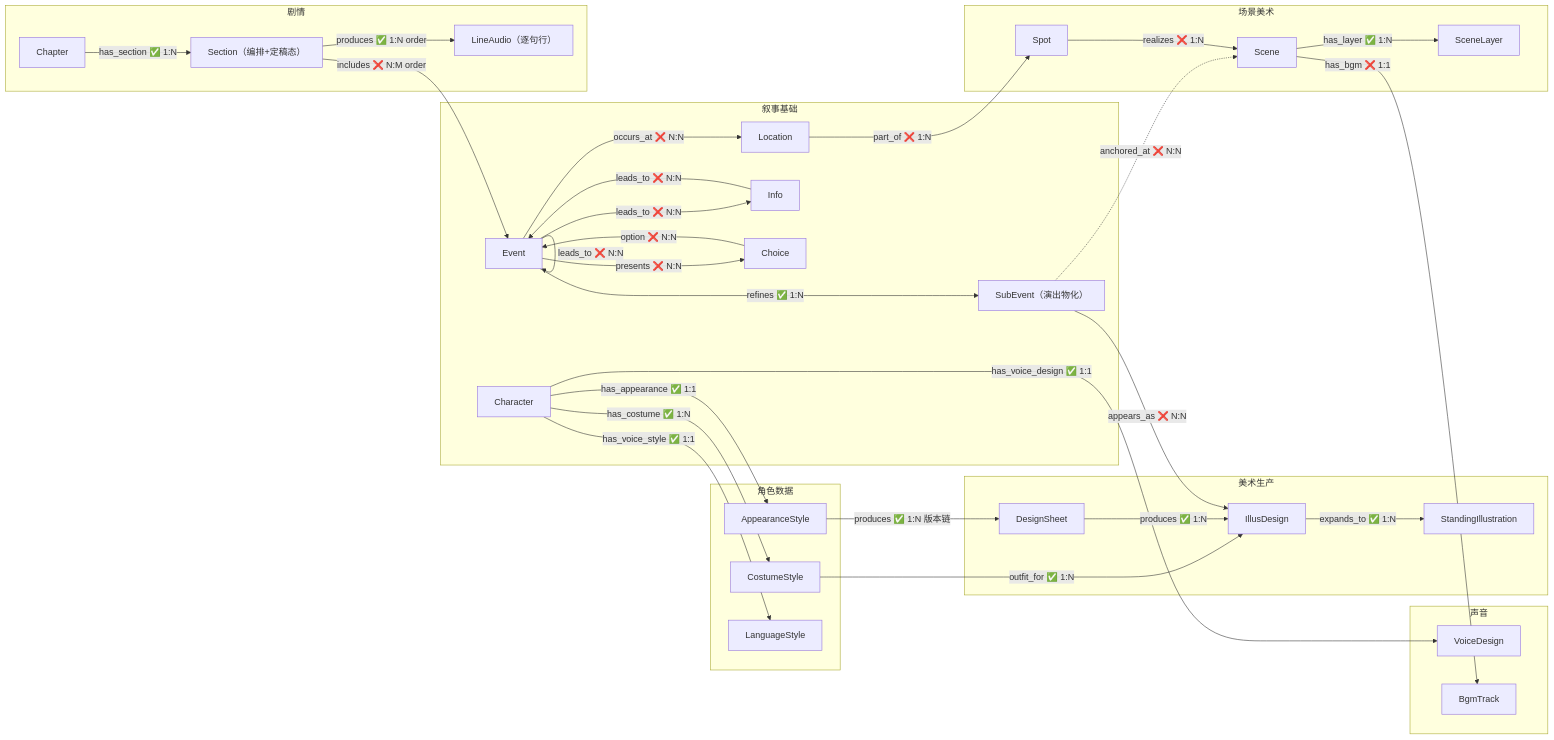
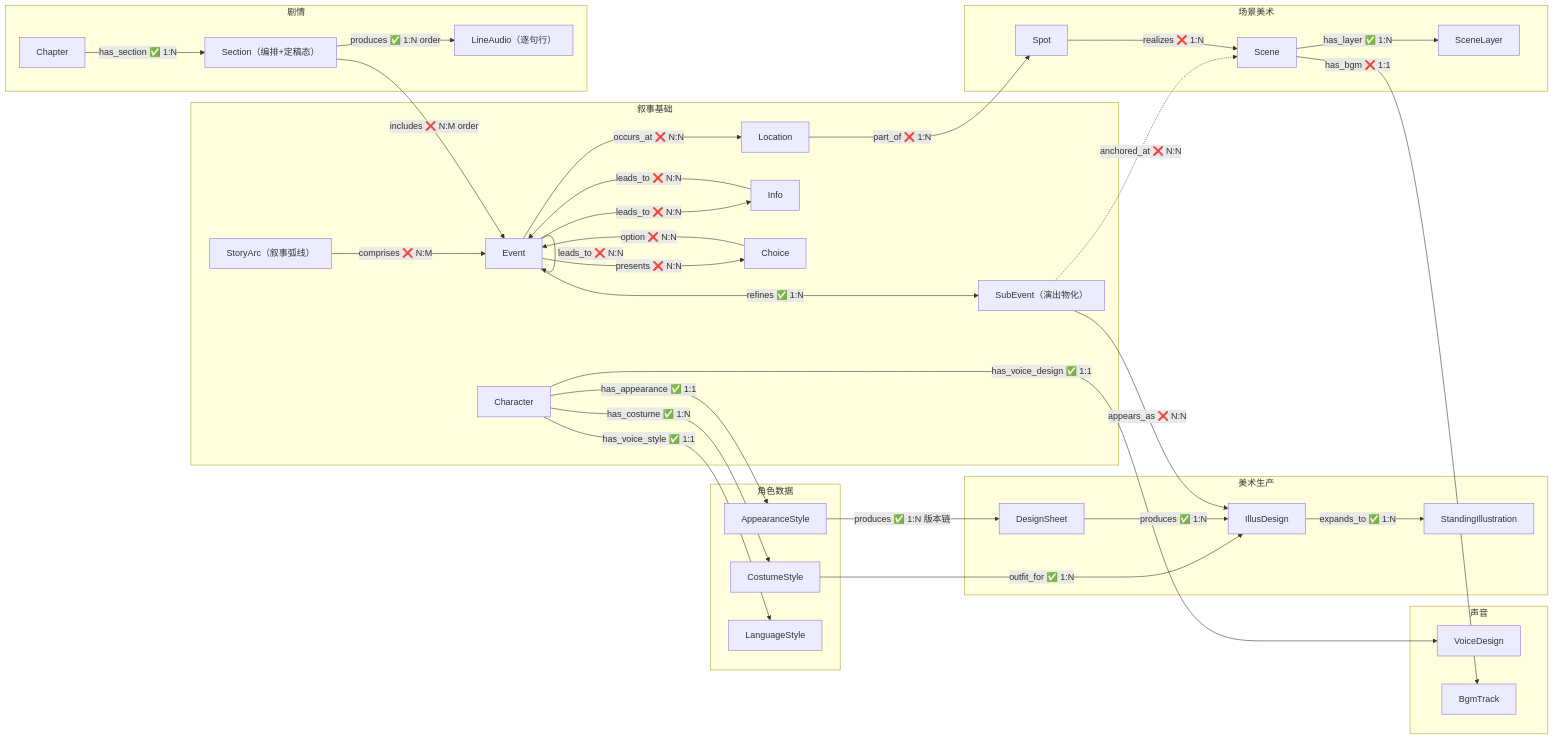
Before and after one commit to CrazyJinn/ProxyLove: the diagram in 00_init/Schema总览.md, drawn with Mermaid. The commit also changed other lines of this file and 26 other files, not shown here.

````diff
--- a/00_init/Schema总览.md
+++ b/00_init/Schema总览.md
@@ -102,65 +104,67 @@
 ```mermaid
 flowchart LR
     subgraph 叙事["叙事基础"]
         Character["Character"]
         Event["Event"]
         SubEvent["SubEvent（演出物化）"]
         Location["Location"]
         Info["Info"]
         Choice["Choice"]
+        StoryArc["StoryArc（叙事弧线）"]
     end
 
     subgraph 角色数据["角色数据"]
         Appearance["AppearanceStyle"]
         Costume["CostumeStyle"]
         Language["LanguageStyle"]
     end
 
     subgraph 美术生产["美术生产"]
         DesignSheet["DesignSheet"]
         IllusDesign["IllusDesign"]
         StandingIllus["StandingIllustration"]
     end
 
     subgraph 场景美术["场景美术"]
         Spot["Spot"]
         Scene["Scene"]
         SceneLayer["SceneLayer"]
     end
 
     subgraph 声音["声音"]
         Voice["VoiceDesign"]
         BgmTrack["BgmTrack"]
     end
 
     subgraph 剧情["剧情"]
         Chapter["Chapter"]
         Section["Section（编排+定稿态）"]
         LineAudio["LineAudio（逐句行）"]
     end
 
     Character -->|"has_appearance ✅ 1:1"| Appearance
     Character -->|"has_costume ✅ 1:N"| Costume
     Character -->|"has_voice_style ✅ 1:1"| Language
     Character -->|"has_voice_design ✅ 1:1"| Voice
     Appearance -->|"produces ✅ 1:N 版本链"| DesignSheet
     Costume -->|"outfit_for ✅ 1:N"| IllusDesign
     DesignSheet -->|"produces ✅ 1:N"| IllusDesign
     Event -->|"occurs_at ❌ N:N"| Location
     Event -->|"refines ✅ 1:N"| SubEvent
     SubEvent -.->|"anchored_at ❌ N:N"| Scene
     SubEvent -->|"appears_as ❌ N:N"| IllusDesign
     Event -->|"leads_to ❌ N:N"| Event
     Event -->|"leads_to ❌ N:N"| Info
     Info -->|"leads_to ❌ N:N"| Event
     Event -->|"presents ❌ N:N"| Choice
     Choice -->|"option ❌ N:N"| Event
+    StoryArc -->|"comprises ❌ N:M"| Event
     IllusDesign -->|"expands_to ✅ 1:N"| StandingIllus
     Location -->|"part_of ❌ 1:N"| Spot
     Spot -->|"realizes ❌ 1:N"| Scene
     Scene -->|"has_layer ✅ 1:N"| SceneLayer
     Chapter -->|"has_section ✅ 1:N"| Section
     Section -->|"produces ✅ 1:N order"| LineAudio
     Section -->|"includes ❌ N:M order"| Event
     Scene -->|"has_bgm ❌ 1:1"| BgmTrack
 ```
````
